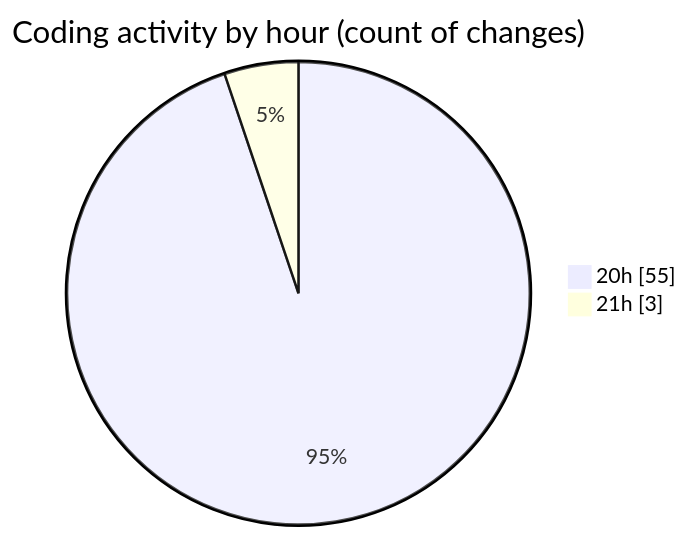
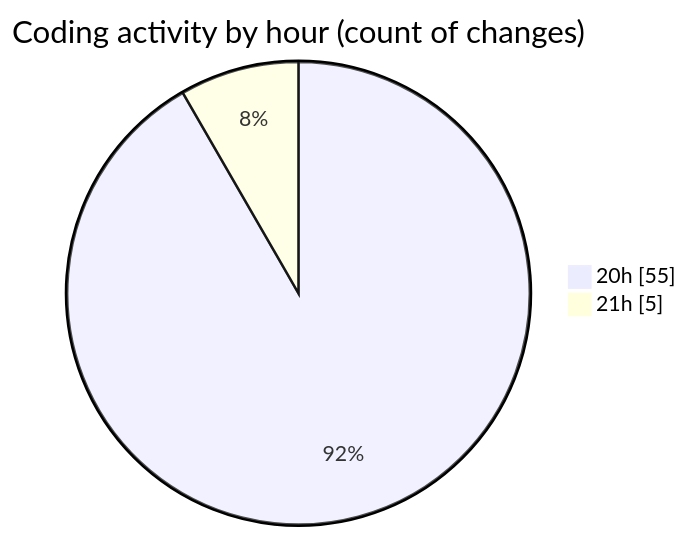
One commit to lephambinh05/code-tracking changed the second of 2 diagrams in 2025-09-01/20m/README.md. Above: the diagram before and after it, drawn with Mermaid. The commit also changed other lines of this file and 1 other file, not shown here.

````diff
--- a/2025-09-01/20m/README.md
+++ b/2025-09-01/20m/README.md
@@ -56,6 +58,6 @@
 ```mermaid
 pie showData
 title Coding activity by hour (count of changes)
 "20h" : 55
-"21h" : 3
+"21h" : 5
 ```
````
